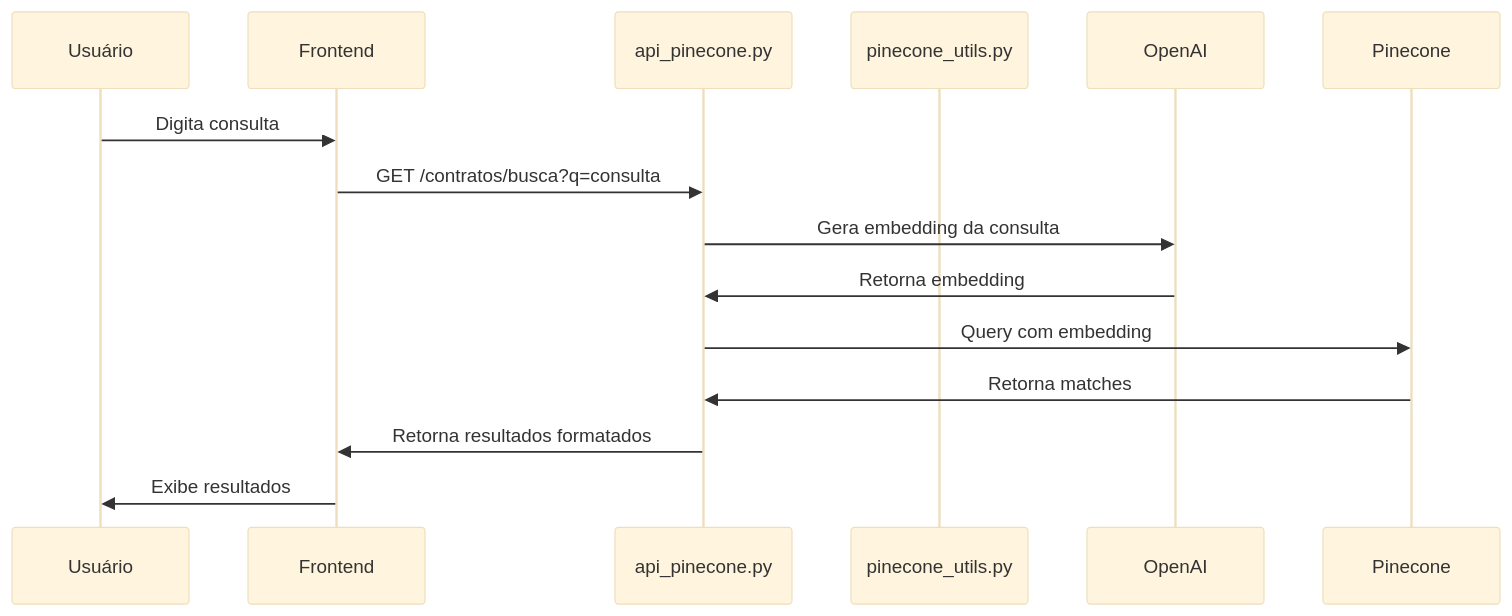
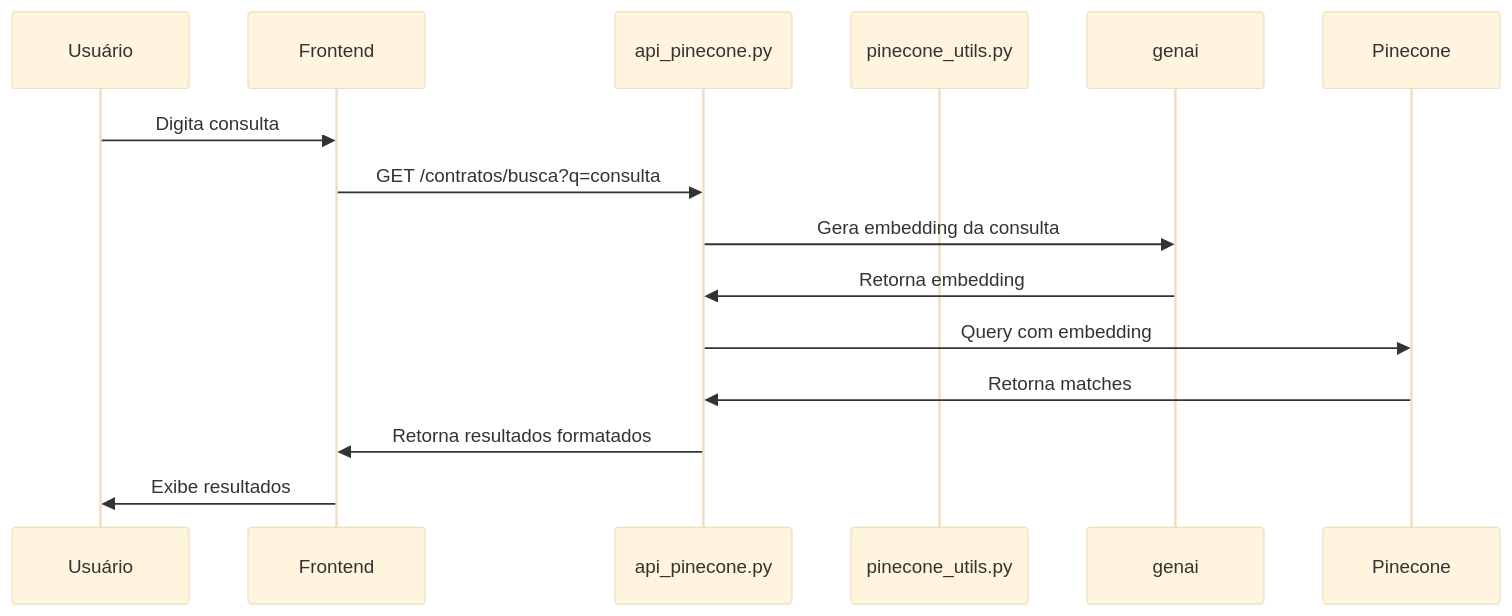
One commit to Felipebc2/AI-Project changed the third of 4 diagrams in doc/documentacao_completa.md. Above: the diagram before and after it, drawn with Mermaid (base theme). The commit also changed other lines of this file and 8 other files, not shown here.

````diff
--- a/doc/documentacao_completa.md
+++ b/doc/documentacao_completa.md
@@ -443,18 +443,18 @@
 ```mermaid
 sequenceDiagram
     participant Usuario as Usuário
     participant Frontend
     participant ApiPinecone as api_pinecone.py
     participant PineconeUtils as pinecone_utils.py
-    participant OpenAI
+    participant genai
     participant Pinecone
 
     Usuario->>Frontend: Digita consulta
     Frontend->>ApiPinecone: GET /contratos/busca?q=consulta
-    ApiPinecone->>OpenAI: Gera embedding da consulta
-    OpenAI->>ApiPinecone: Retorna embedding
+    ApiPinecone->>genai: Gera embedding da consulta
+    genai->>ApiPinecone: Retorna embedding
     ApiPinecone->>Pinecone: Query com embedding
     Pinecone->>ApiPinecone: Retorna matches
     ApiPinecone->>Frontend: Retorna resultados formatados
     Frontend->>Usuario: Exibe resultados
 ```
````
